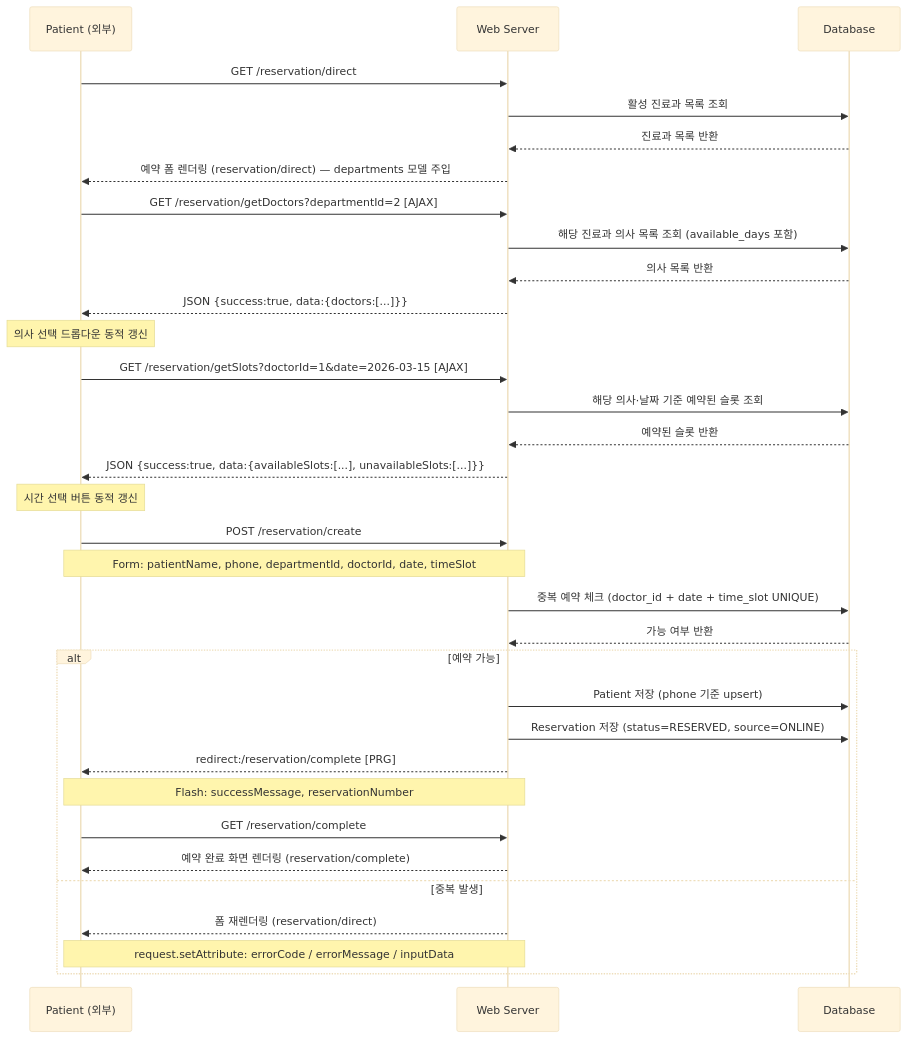
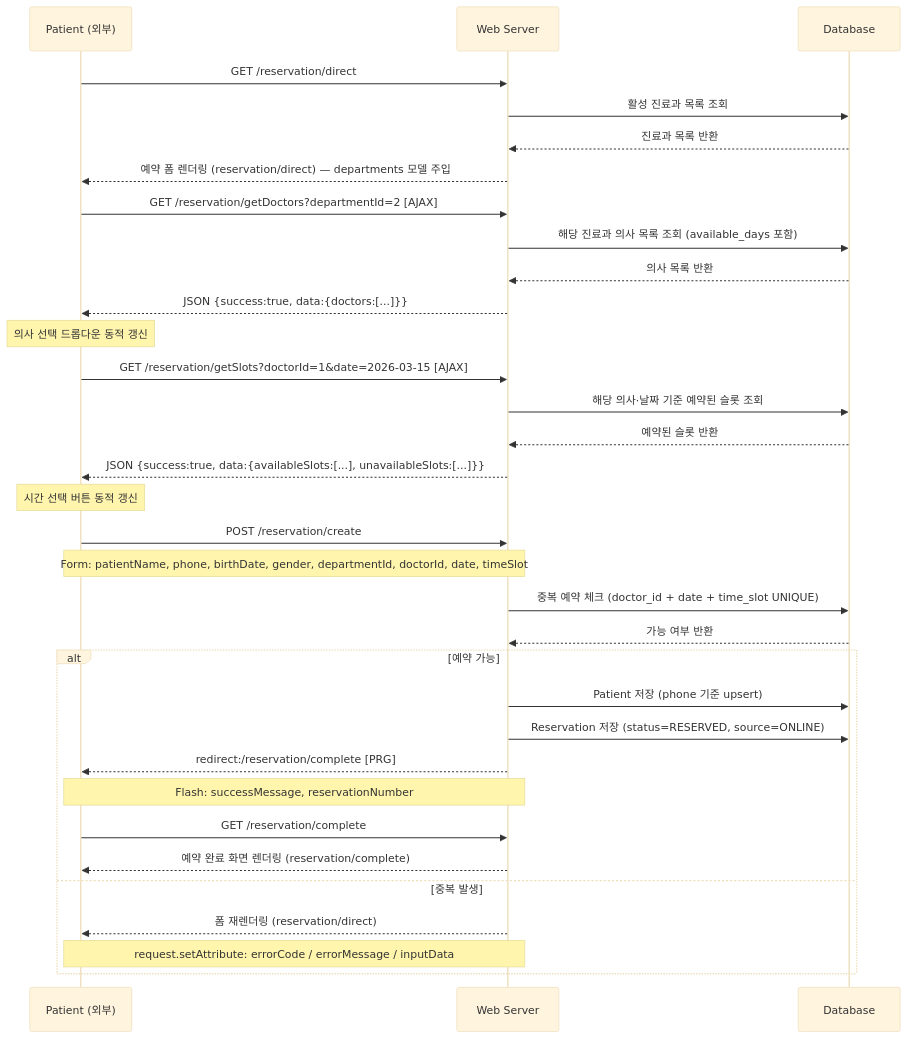
One commit to proejct-team-alpha/documents changed the second of 17 diagrams in 05_화면_흐름_시퀀스_다이어그램/🏥_병원_예약_&_내부_업무_시스템_—_화면_흐름_시퀀스_다이어그램_v5.md. Above: the diagram before and after it, drawn with Mermaid (base theme). The commit also changed other lines of this file and 7 other files, not shown here.

First line of the commit message:
PATIENT 테이블: 생년월일(birth_date) + 성별(gender) 추가 및 관련 문서 업데이트

````diff
--- a/05_화면_흐름_시퀀스_다이어그램/🏥_병원_예약_&_내부_업무_시스템_—_화면_흐름_시퀀스_다이어그램_v5.md
+++ b/05_화면_흐름_시퀀스_다이어그램/🏥_병원_예약_&_내부_업무_시스템_—_화면_흐름_시퀀스_다이어그램_v5.md
@@ -142,40 +142,40 @@
 ```mermaid
 sequenceDiagram
     participant P  as Patient (외부)
     participant W  as Web Server
     participant DB as Database
 
     P->>W: GET /reservation/direct
     W->>DB: 활성 진료과 목록 조회
     DB-->>W: 진료과 목록 반환
     W-->>P: 예약 폼 렌더링 (reservation/direct) — departments 모델 주입
 
     P->>W: GET /reservation/getDoctors?departmentId=2  [AJAX]
     W->>DB: 해당 진료과 의사 목록 조회 (available_days 포함)
     DB-->>W: 의사 목록 반환
     W-->>P: JSON {success:true, data:{doctors:[...]}}
     Note over P: 의사 선택 드롭다운 동적 갱신
 
     P->>W: GET /reservation/getSlots?doctorId=1&date=2026-03-15  [AJAX]
     W->>DB: 해당 의사·날짜 기준 예약된 슬롯 조회
     DB-->>W: 예약된 슬롯 반환
     W-->>P: JSON {success:true, data:{availableSlots:[...], unavailableSlots:[...]}}
     Note over P: 시간 선택 버튼 동적 갱신
 
     P->>W: POST /reservation/create
-    Note over P,W: Form: patientName, phone, departmentId, doctorId, date, timeSlot
+    Note over P,W: Form: patientName, phone, birthDate, gender, departmentId, doctorId, date, timeSlot
     W->>DB: 중복 예약 체크 (doctor_id + date + time_slot UNIQUE)
     DB-->>W: 가능 여부 반환
 
     alt 예약 가능
         W->>DB: Patient 저장 (phone 기준 upsert)
         W->>DB: Reservation 저장 (status=RESERVED, source=ONLINE)
         W-->>P: redirect:/reservation/complete [PRG]
         Note over W,P: Flash: successMessage, reservationNumber
         P->>W: GET /reservation/complete
         W-->>P: 예약 완료 화면 렌더링 (reservation/complete)
     else 중복 발생
         W-->>P: 폼 재렌더링 (reservation/direct)
         Note over W,P: request.setAttribute: errorCode / errorMessage / inputData
     end
 ```
````
